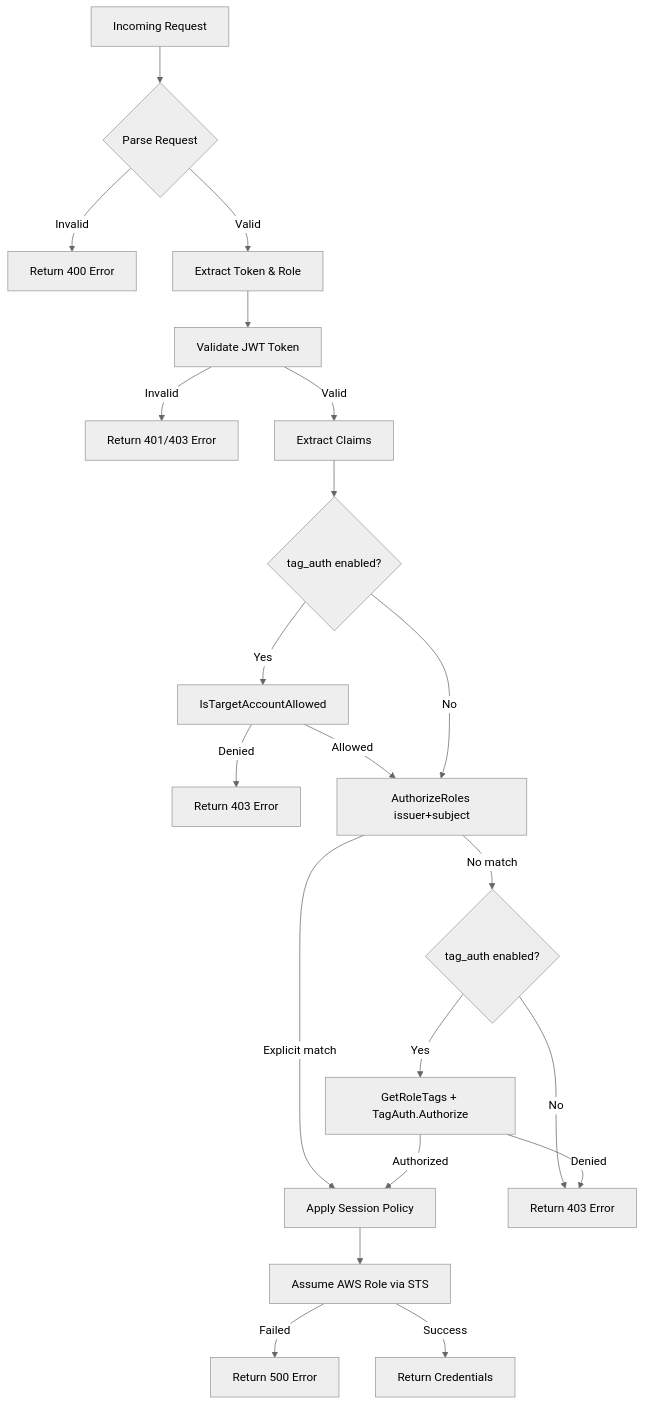
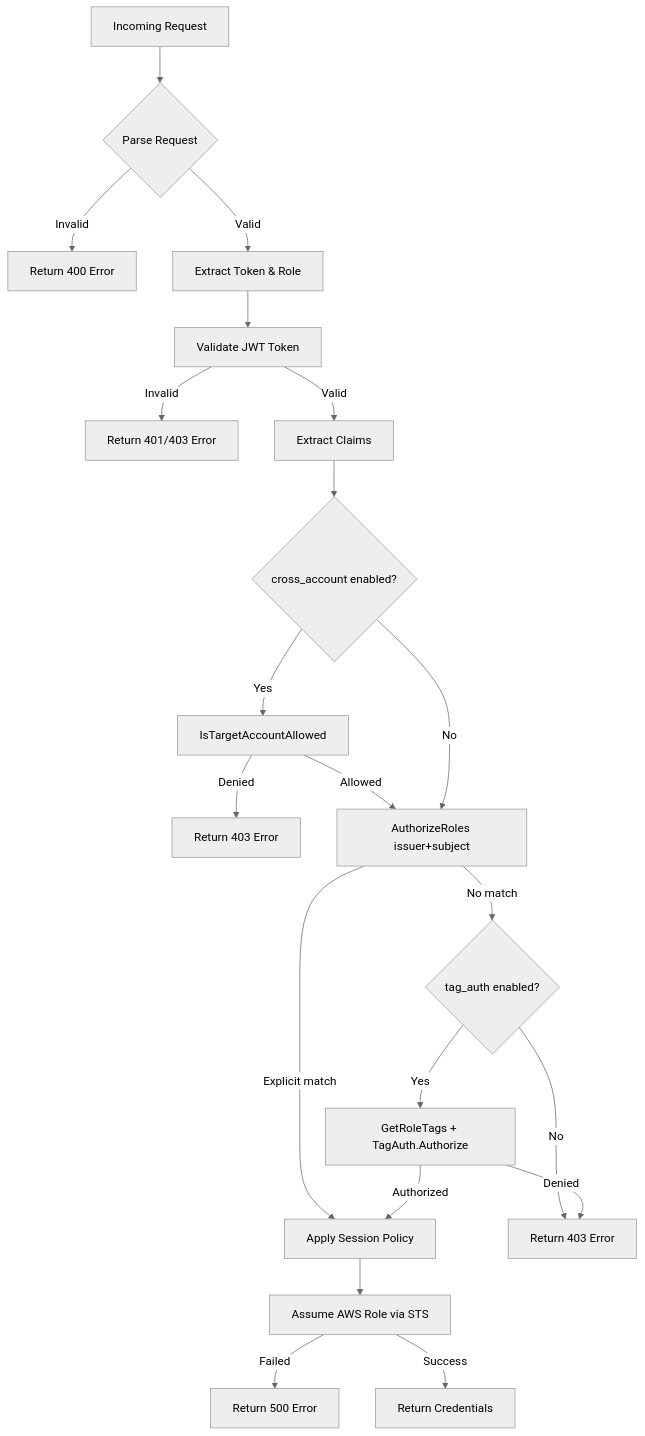
One commit to boogy/aws-oidc-warden changed the third of 7 diagrams in docs/ARCHITECTURE.md. Above: the diagram before and after it, drawn with Mermaid (neutral theme). The commit also changed other lines of this file and 22 other files, not shown here.

First line of the commit message:
♻️ refactor(config): move cross-account transport to top-level cross_account block

````diff
--- a/docs/ARCHITECTURE.md
+++ b/docs/ARCHITECTURE.md
@@ -395,27 +396,27 @@
 ```mermaid
 flowchart TD
     A[Incoming Request] --> B{Parse Request}
     B -->|Invalid| C[Return 400 Error]
     B -->|Valid| D[Extract Token & Role]
 
     D --> E[Validate JWT Token]
     E -->|Invalid| F[Return 401/403 Error]
     E -->|Valid| G[Extract Claims]
 
-    G --> GA{tag_auth enabled?}
+    G --> GA{cross_account enabled?}
     GA -->|Yes| GB[IsTargetAccountAllowed]
     GB -->|Denied| GC[Return 403 Error]
     GB -->|Allowed| H[AuthorizeRoles issuer+subject]
     GA -->|No| H
 
     H -->|Explicit match| N[Apply Session Policy]
     H -->|No match| HA{tag_auth enabled?}
     HA -->|No| I[Return 403 Error]
     HA -->|Yes| HB[GetRoleTags + TagAuth.Authorize]
     HB -->|Denied| I[Return 403 Error]
     HB -->|Authorized| N
 
     N --> O[Assume AWS Role via STS]
     O -->|Failed| P[Return 500 Error]
     O -->|Success| Q[Return Credentials]
 ```
````
